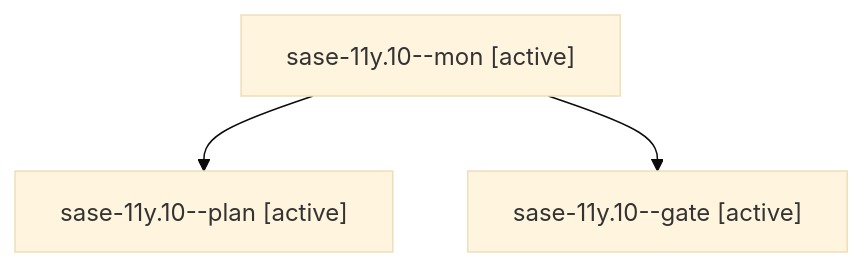
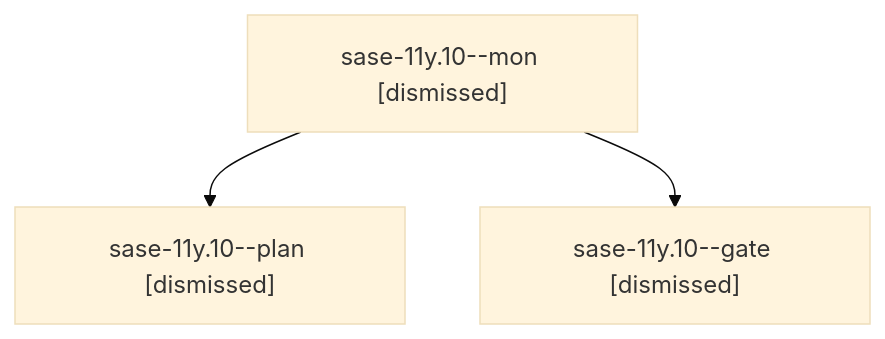
The diagram in sessions/bbugyi200.athena.sase-11y.10.md (sase-org/sase--agents), drawn with Mermaid (base theme) before and after one commit. The commit also changed other lines of this file and 252 other files, not shown here.

````diff
--- a/sessions/bbugyi200.athena.sase-11y.10.md
+++ b/sessions/bbugyi200.athena.sase-11y.10.md
@@ -9,8 +9,8 @@
 ```mermaid
 flowchart TD
-  n0["sase-11y.10--mon [active]"]
-  n1["sase-11y.10--plan [active]"]
+  n0["sase-11y.10--mon [dismissed]"]
+  n1["sase-11y.10--plan [dismissed]"]
   n0 --> n1
-  n2["sase-11y.10--gate [active]"]
+  n2["sase-11y.10--gate [dismissed]"]
   n0 --> n2
 ```
````
